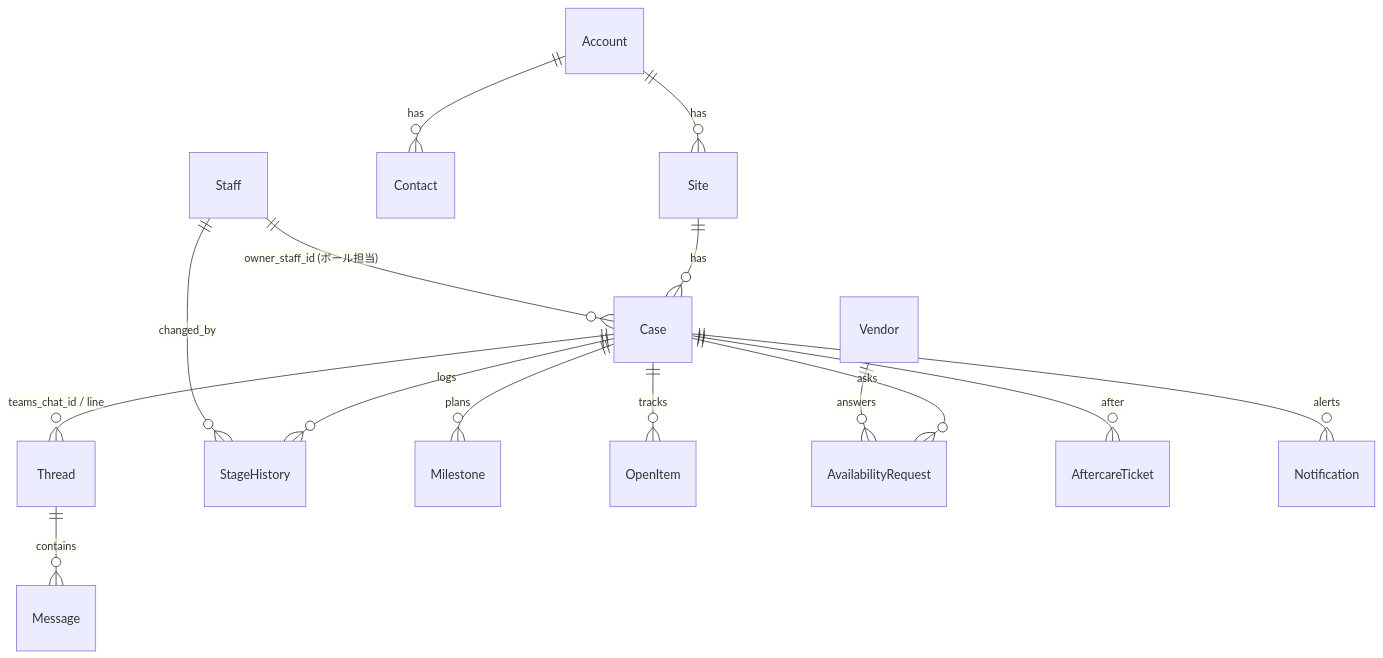
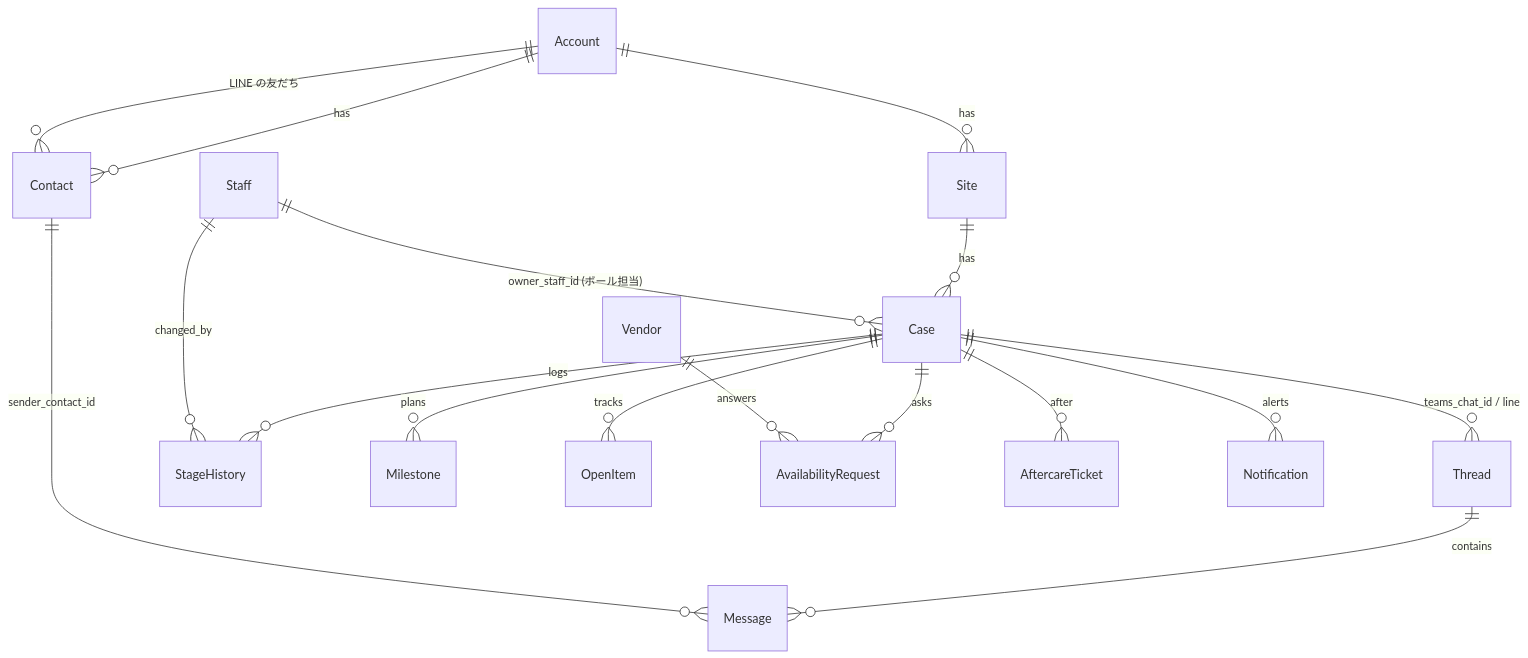
The diagram in kenlabo-case-hub/data-model.md (yasuhisaokuyama-ship-it/kenlabo-lp-preview), drawn with Mermaid before and after one commit. The commit also changed other lines of this file and 29 other files, not shown here.

````diff
--- a/kenlabo-case-hub/data-model.md
+++ b/kenlabo-case-hub/data-model.md
@@ -5,17 +5,19 @@
 ```mermaid
 erDiagram
   Account ||--o{ Site : has
   Account ||--o{ Contact : has
   Site ||--o{ Case : has
   Case ||--o{ Thread : "teams_chat_id / line"
   Thread ||--o{ Message : contains
   Case ||--o{ StageHistory : logs
   Case ||--o{ Milestone : plans
   Case ||--o{ OpenItem : tracks
   Case ||--o{ AvailabilityRequest : asks
   Vendor ||--o{ AvailabilityRequest : answers
   Case ||--o{ AftercareTicket : after
   Case ||--o{ Notification : alerts
+  Account ||--o{ Contact : "LINE の友だち"
+  Contact ||--o{ Message : sender_contact_id
   Staff ||--o{ Case : "owner_staff_id (ボール担当)"
   Staff ||--o{ StageHistory : changed_by
 ```
````
